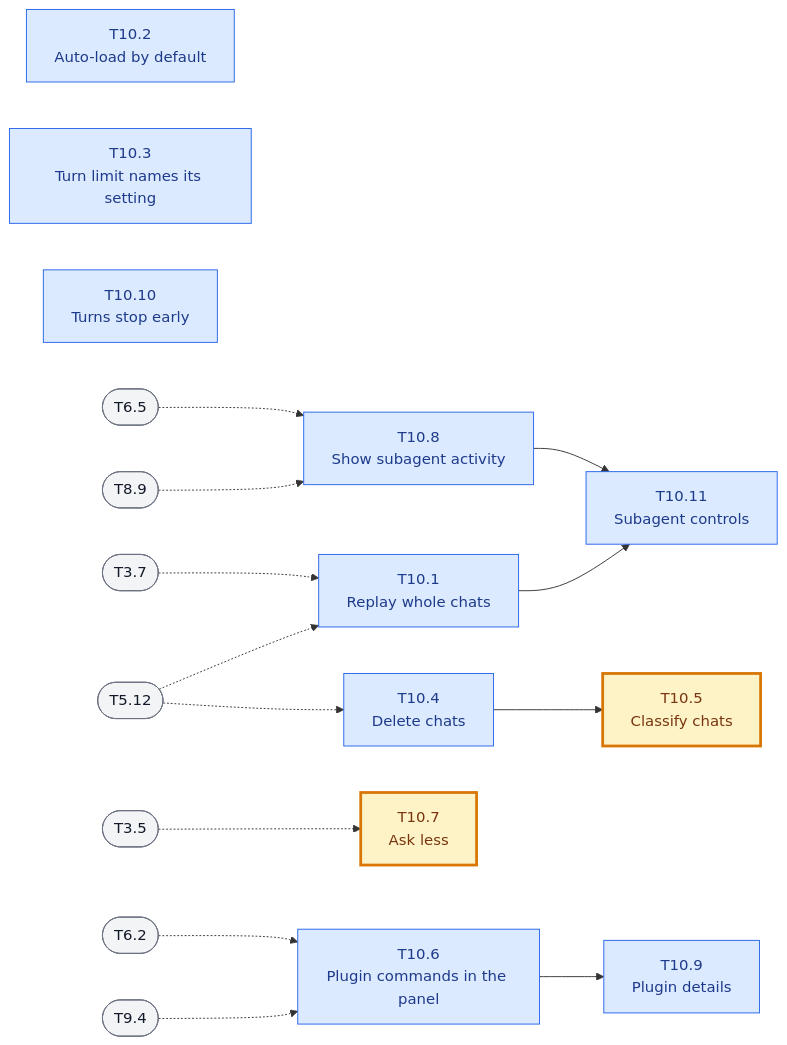
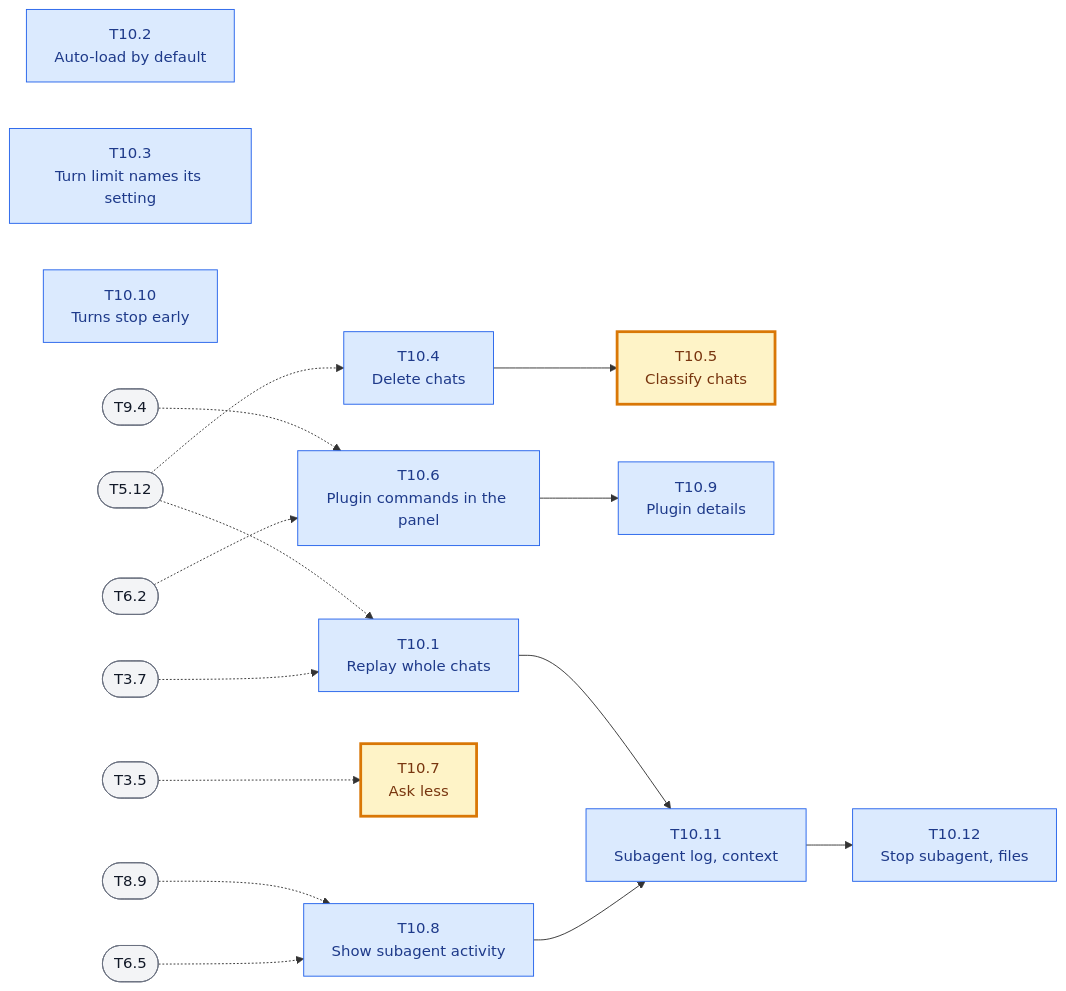
Before and after one commit to fzzinchemical/Praxis: diagram 11 of 11 in docs/TASKS.md, drawn with Mermaid. The commit also changed other lines of this file, not shown here.

Commit message:
docs(tasks): tick T10.9 and T10.11, move subagent stop and files to T10.12

````diff
--- a/docs/TASKS.md
+++ b/docs/TASKS.md
@@ -844,40 +844,42 @@
 ```mermaid
 flowchart LR
     T10_1["T10.1<br/>Replay whole chats"]
     T10_2["T10.2<br/>Auto-load by default"]
     T10_3["T10.3<br/>Turn limit names its setting"]
     T10_4["T10.4<br/>Delete chats"]
     T10_5["T10.5<br/>Classify chats"]
     T10_6["T10.6<br/>Plugin commands in the panel"]
     T10_7["T10.7<br/>Ask less"]
     T10_8["T10.8<br/>Show subagent activity"]
     T10_9["T10.9<br/>Plugin details"]
     T10_10["T10.10<br/>Turns stop early"]
-    T10_11["T10.11<br/>Subagent controls"]
+    T10_11["T10.11<br/>Subagent log, context"]
+    T10_12["T10.12<br/>Stop subagent, files"]
     T3_7(["T3.7"])
     T5_12(["T5.12"])
     T6_2(["T6.2"])
     T9_4(["T9.4"])
     T3_5(["T3.5"])
     T6_5(["T6.5"])
     T8_9(["T8.9"])
     T3_7 -.-> T10_1
     T5_12 -.-> T10_1
     T5_12 -.-> T10_4
     T10_4 --> T10_5
     T6_2 -.-> T10_6
     T9_4 -.-> T10_6
     T3_5 -.-> T10_7
     T6_5 -.-> T10_8
     T10_6 --> T10_9
     T10_8 --> T10_11
     T10_1 --> T10_11
+    T10_11 --> T10_12
     T8_9 -.-> T10_8
 
     classDef task fill:#dbeafe,stroke:#2563eb,color:#1e3a8a
     classDef human fill:#fef3c7,stroke:#d97706,color:#78350f,stroke-width:3px
     classDef other fill:#f3f4f6,stroke:#6b7280,color:#111827
-    class T10_1,T10_2,T10_3,T10_4,T10_6,T10_8,T10_9,T10_10,T10_11 task
+    class T10_1,T10_2,T10_3,T10_4,T10_6,T10_8,T10_9,T10_10,T10_11,T10_12 task
     class T10_5,T10_7 human
     class T3_7,T5_12,T6_2,T9_4,T3_5,T6_5,T8_9 other
 ```
````
